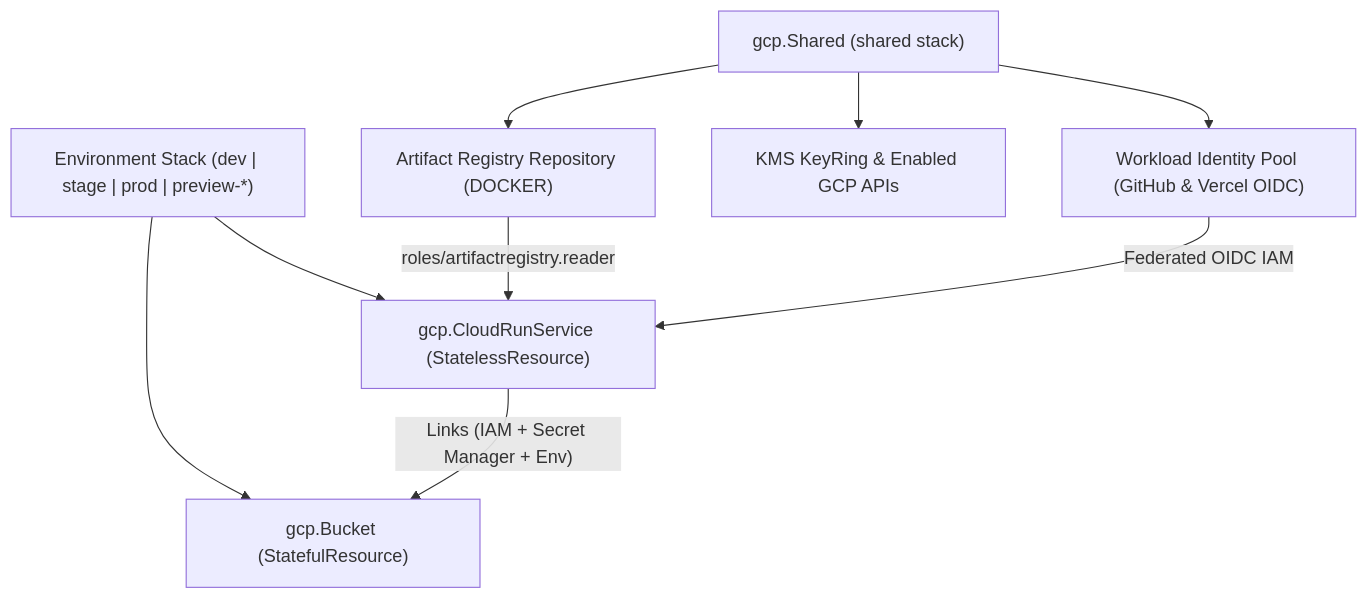
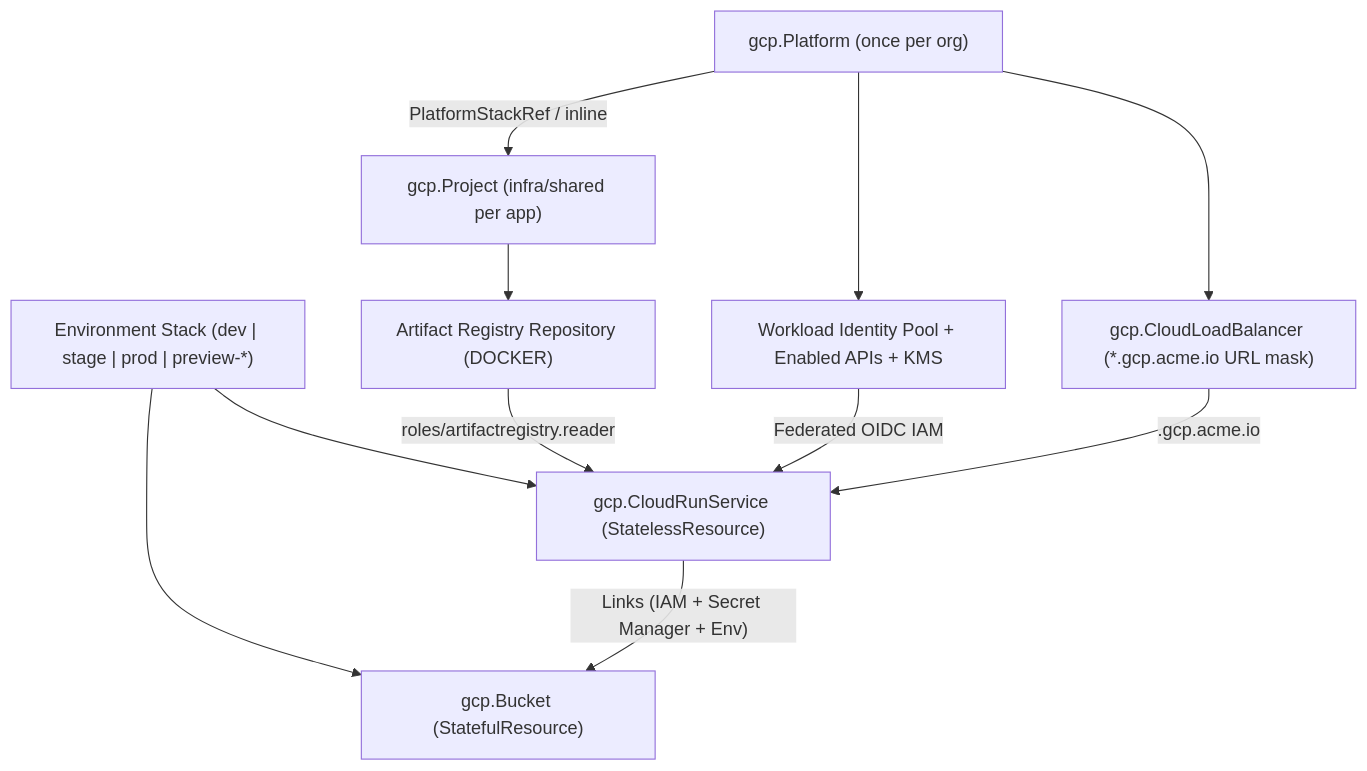
One commit to cloudvoyant/openbase changed the diagram in docs/architecture/providers/gcp.md. Above: the diagram before and after it, drawn with Mermaid. The commit also changed other lines of this file and 61 other files, not shown here.

Commit message:
refactor(components): adopt Platform, Project, and Environment hierarchy

````diff
--- a/docs/architecture/providers/gcp.md
+++ b/docs/architecture/providers/gcp.md
@@ -25,11 +25,13 @@
 ```mermaid
 flowchart TD
-    Shared["gcp.Shared (shared stack)"] --> AR["Artifact Registry Repository (DOCKER)"]
-    Shared --> WIP["Workload Identity Pool (GitHub & Vercel OIDC)"]
-    Shared --> KMS["KMS KeyRing & Enabled GCP APIs"]
+    Org["gcp.Platform (once per org)"] --> WIP["Workload Identity Pool + Enabled APIs + KMS"]
+    Org --> LB["gcp.CloudLoadBalancer (*.gcp.acme.io URL mask)"]
+    Proj["gcp.Project (infra/shared per app)"] --> AR["Artifact Registry Repository (DOCKER)"]
+    Org -->|"PlatformStackRef / inline"| Proj
     Env["Environment Stack (dev | stage | prod | preview-*)"] --> CR["gcp.CloudRunService (StatelessResource)"]
     Env --> Bkt["gcp.Bucket (StatefulResource)"]
     AR -->|"roles/artifactregistry.reader"| CR
     WIP -->|"Federated OIDC IAM"| CR
+    LB -->|"<service>.gcp.acme.io"| CR
     CR -->|"Links (IAM + Secret Manager + Env)"| Bkt
 ```
````
